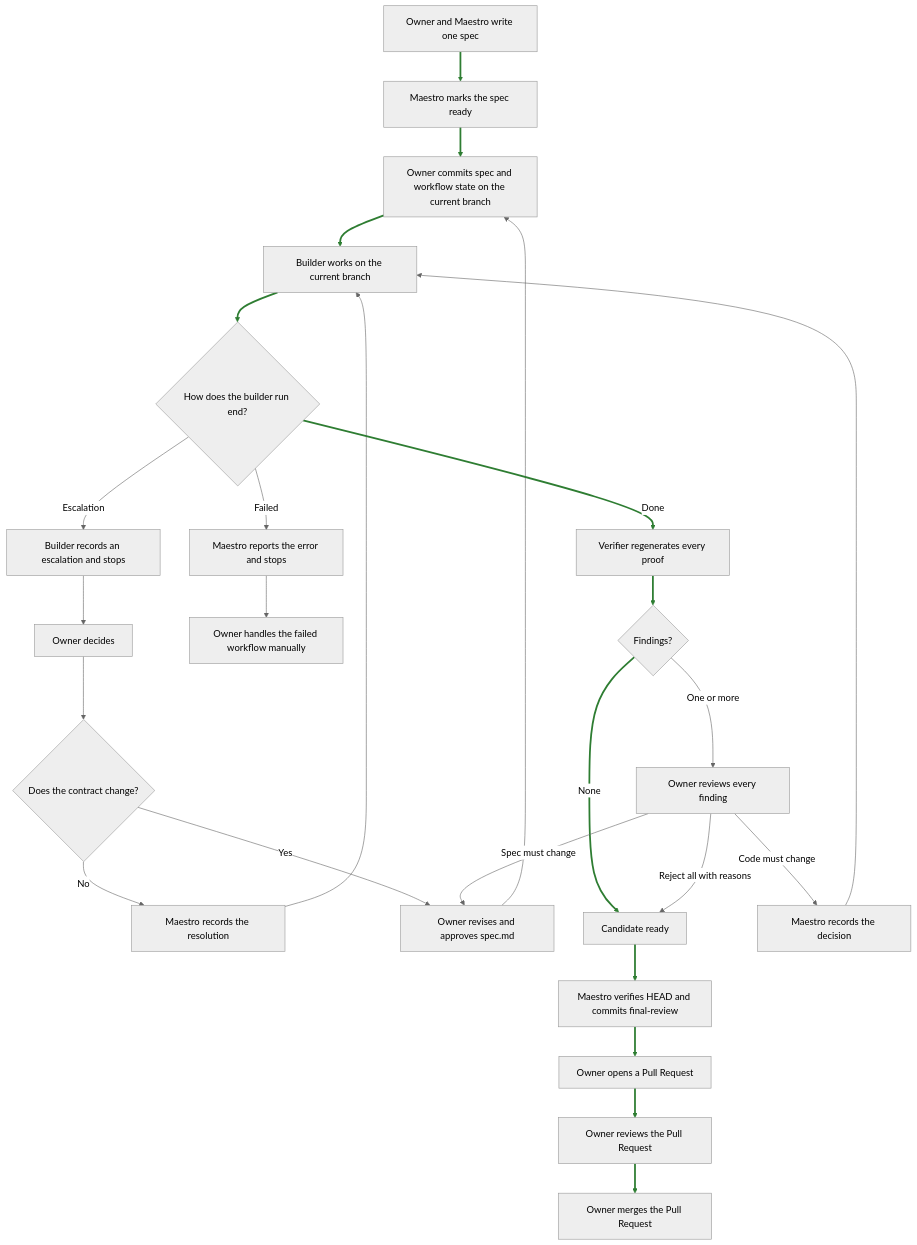
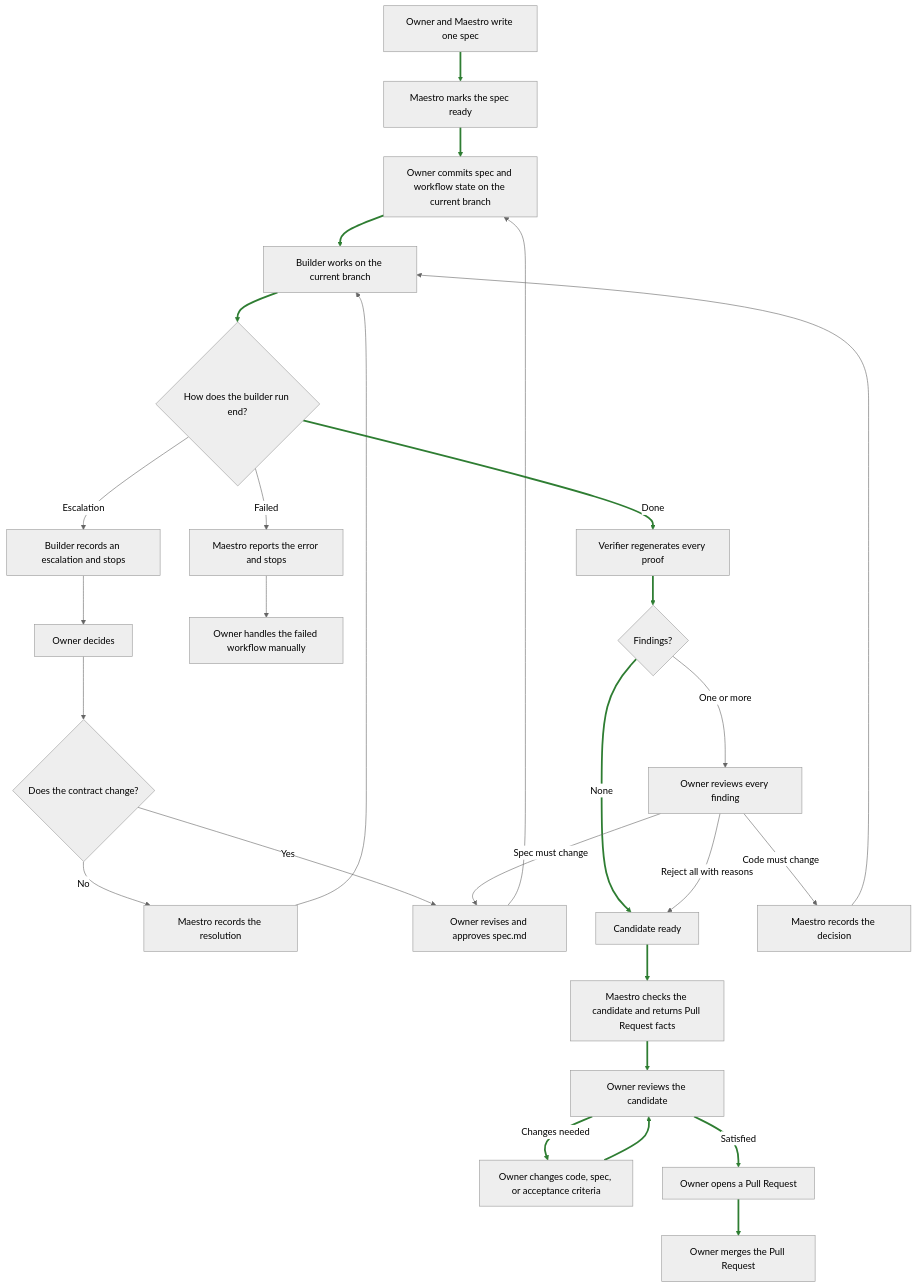
The diagram in docs/workflow.md (emilioSp/pi-maestro), drawn with Mermaid (neutral theme) before and after one commit. The commit also changed other lines of this file and 9 other files, not shown here.

````diff
--- a/docs/workflow.md
+++ b/docs/workflow.md
@@ -82,42 +83,44 @@
 ```mermaid
 flowchart TD
     spec[Owner and Maestro write one spec]
     ready[Maestro marks the spec ready]
     approval[Owner commits spec and workflow state on the current branch]
     build[Builder works on the current branch]
     buildOutcome{How does the builder run end?}
 
     spec --> ready
     ready --> approval
     approval --> build
     build --> buildOutcome
 
     buildOutcome -->|Escalation| escalation[Builder records an escalation and stops]
     escalation --> ownerAnswer[Owner decides]
     ownerAnswer --> escalationOutcome{Does the contract change?}
     escalationOutcome -->|No| recordContinue[Maestro records the resolution]
     recordContinue --> build
     escalationOutcome -->|Yes| reviseSpec[Owner revises and approves spec.md]
     reviseSpec --> approval
 
     buildOutcome -->|Failed| builderFailed[Maestro reports the error and stops]
     builderFailed --> abandoned[Owner handles the failed workflow manually]
 
     buildOutcome -->|Done| verify[Verifier regenerates every proof]
     verify --> findings{Findings?}
 
     findings -->|None| candidate[Candidate ready]
     findings -->|One or more| ownerFindings[Owner reviews every finding]
 
     ownerFindings -->|Reject all with reasons| candidate
     ownerFindings -->|Code must change| returnBuilder[Maestro records the decision]
     returnBuilder --> build
     ownerFindings -->|Spec must change| reviseSpec
 
-    candidate --> finalReview[Maestro verifies HEAD and commits final-review]
-    finalReview --> pullRequest[Owner opens a Pull Request]
-    pullRequest --> ownerReview[Owner reviews the Pull Request]
-    ownerReview --> merge[Owner merges the Pull Request]
+    candidate --> checkCandidate[Maestro checks the candidate and returns Pull Request facts]
+    checkCandidate --> ownerReview[Owner reviews the candidate]
+    ownerReview -->|Changes needed| adjust[Owner changes code, spec, or acceptance criteria]
+    adjust --> ownerReview
+    ownerReview -->|Satisfied| pullRequest[Owner opens a Pull Request]
+    pullRequest --> merge[Owner merges the Pull Request]
 
-    linkStyle 0,1,2,3,13,14,15,21,22,23,24 stroke:#2e7d32,stroke-width:3px
+    linkStyle 0,1,2,3,13,14,15,21,22,23,24,25,26 stroke:#2e7d32,stroke-width:3px
 ```
````
